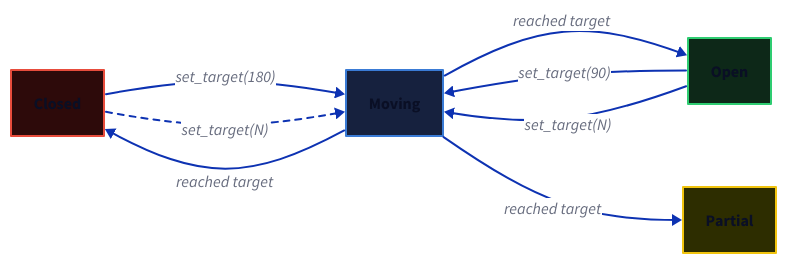
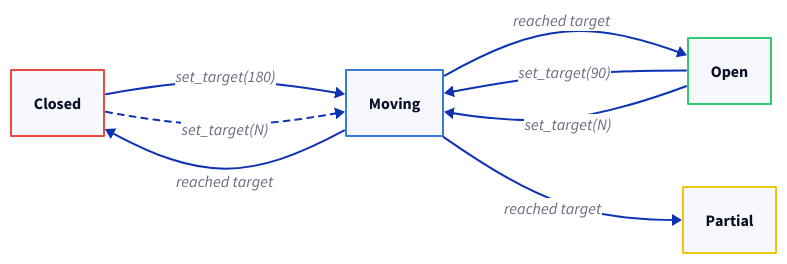
Before and after one commit to EtaCassiopeia/smart-vent: the diagram in docs/diagrams/state-machine.d2, drawn with D2. The commit also changed 17 other files, not shown here.

First line of the commit message:
Fix text readability in D2 diagrams

```diff
--- a/docs/diagrams/state-machine.d2
+++ b/docs/diagrams/state-machine.d2
@@ -1,28 +1,24 @@
 direction: right
 
 closed: Closed {
-  style.fill: "#2d0a0a"
   style.stroke: "#e74c3c"
 }
 open: Open {
-  style.fill: "#0d2818"
   style.stroke: "#2ecc71"
 }
 partial: Partial {
-  style.fill: "#2d2d00"
   style.stroke: "#f1c40f"
 }
 moving: Moving {
-  style.fill: "#16213e"
   style.stroke: "#3a7bd5"
 }
 
 closed -> moving: "set_target(180)"
 moving -> open: reached target
 open -> moving: "set_target(90)"
 moving -> closed: reached target
 open -> moving: "set_target(N)"
 moving -> partial: reached target
 closed -> moving: "set_target(N)" {
   style.stroke-dash: 3
 }
```
